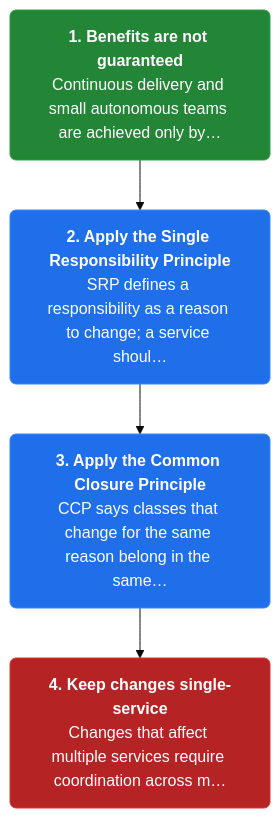
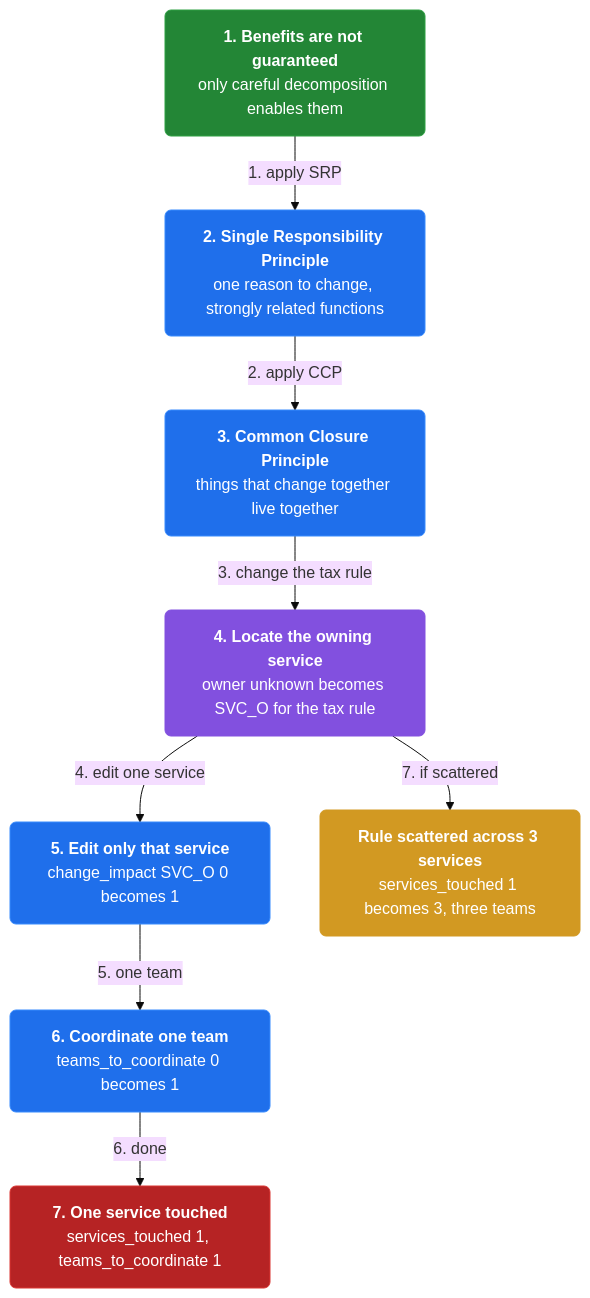
The first of 4 diagrams in docs/ch03-decompose-by-business-capability.md (vinayakuber/microservices-io-study-guide), drawn with Mermaid (base theme) before and after one commit. The commit also changed other lines of this file and 46 other files, not shown here.

First line of the commit message:
Author rich branching flow diagrams for all 44 chapters

````diff
--- a/docs/ch03-decompose-by-business-capability.md
+++ b/docs/ch03-decompose-by-business-capability.md
@@ -13,13 +13,23 @@
 ```mermaid
 flowchart TD
-  classDef step fill:#1f6feb,color:#ffffff,stroke:#388bfd,stroke-width:1px,rx:6
+  classDef step fill:#1f6feb,color:#ffffff,stroke:#388bfd,rx:6
+  classDef core fill:#8250df,color:#ffffff,stroke:#8250df,rx:6
+  classDef warn fill:#d29922,color:#ffffff,stroke:#d29922,rx:6
   classDef start fill:#238636,color:#ffffff,stroke:#2ea043,rx:6
   classDef stop fill:#b62324,color:#ffffff,stroke:#da3633,rx:6
-  s0n0["<b>1. Benefits are not guaranteed</b><br/>Continuous delivery and small autonomous teams are achieved only by…"]:::start
-  s0n1["<b>2. Apply the Single Responsibility Principle</b><br/>SRP defines a responsibility as a reason to change; a service shoul…"]:::step
-  s0n2["<b>3. Apply the Common Closure Principle</b><br/>CCP says classes that change for the same reason belong in the same…"]:::step
-  s0n3["<b>4. Keep changes single-service</b><br/>Changes that affect multiple services require coordination across m…"]:::stop
-  s0n0 --> s0n1
-  s0n1 --> s0n2
-  s0n2 --> s0n3
+  n0["<b>1. Benefits are not guaranteed</b><br/>only careful decomposition enables them"]:::start
+  n1["<b>2. Single Responsibility Principle</b><br/>one reason to change, strongly related functions"]:::step
+  n2["<b>3. Common Closure Principle</b><br/>things that change together live together"]:::step
+  n3["<b>4. Locate the owning service</b><br/>owner unknown becomes SVC_O for the tax rule"]:::core
+  n4["<b>5. Edit only that service</b><br/>change_impact SVC_O 0 becomes 1"]:::step
+  n5["<b>6. Coordinate one team</b><br/>teams_to_coordinate 0 becomes 1"]:::step
+  n6["<b>7. One service touched</b><br/>services_touched 1, teams_to_coordinate 1"]:::stop
+  n7["<b>Rule scattered across 3 services</b><br/>services_touched 1 becomes 3, three teams"]:::warn
+  n0 -->|"1. apply SRP"| n1
+  n1 -->|"2. apply CCP"| n2
+  n2 -->|"3. change the tax rule"| n3
+  n3 -->|"4. edit one service"| n4
+  n4 -->|"5. one team"| n5
+  n5 -->|"6. done"| n6
+  n3 -->|"7. if scattered"| n7
 ```
````
